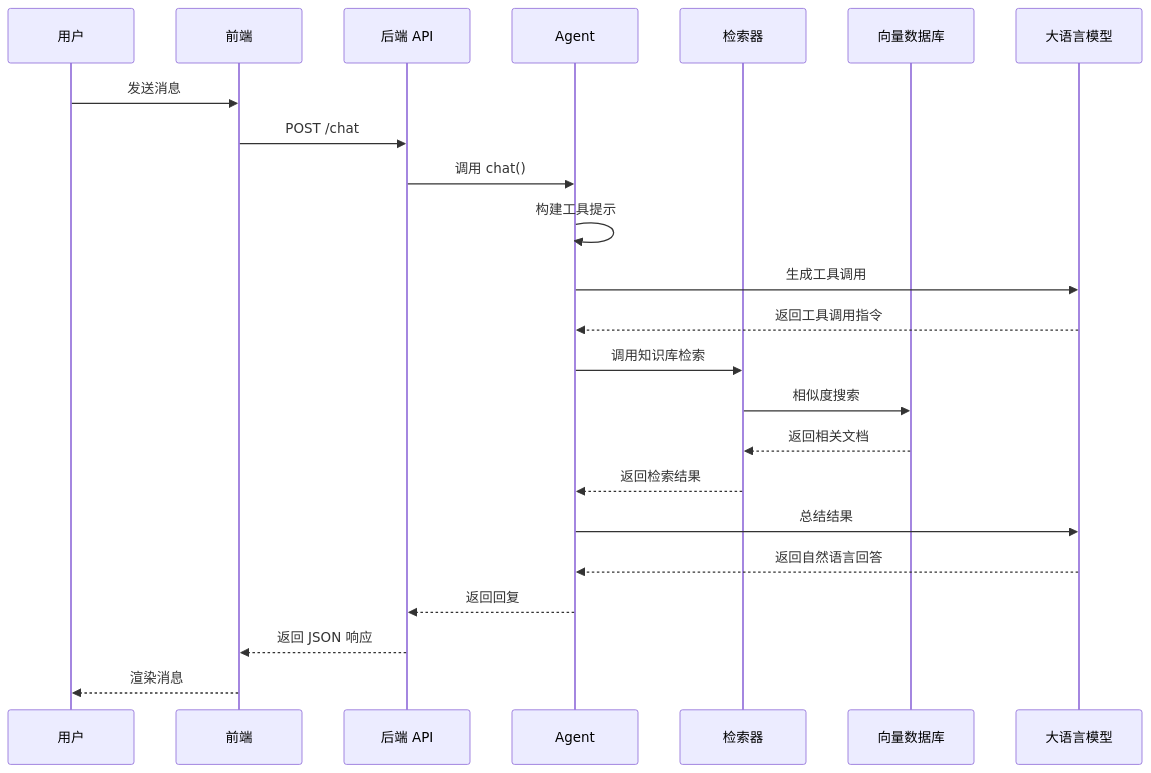
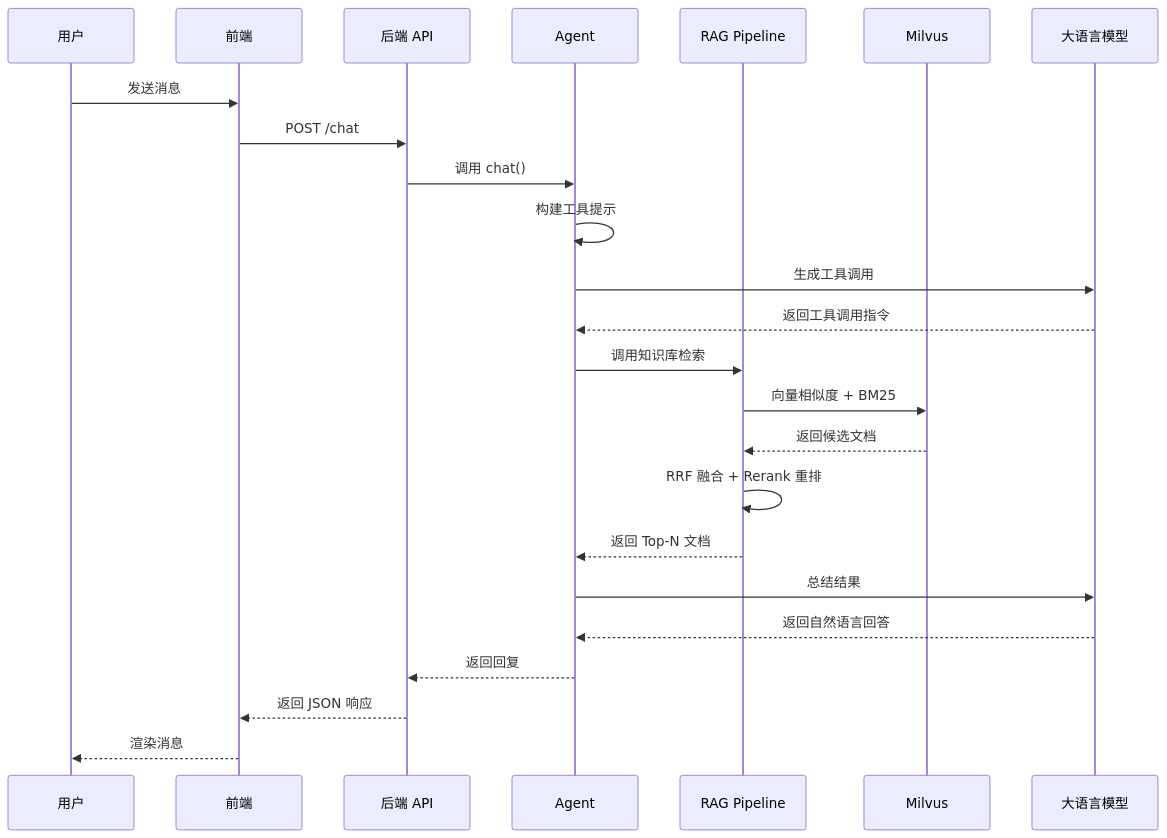
One commit to xmgfy/MGAgent changed the second of 3 diagrams in website/docs/architecture/overview.md. Above: the diagram before and after it, drawn with Mermaid. The commit also changed other lines of this file and 67 other files, not shown here.

````diff
--- a/website/docs/architecture/overview.md
+++ b/website/docs/architecture/overview.md
@@ -116,26 +116,27 @@
 ```mermaid
 sequenceDiagram
     participant U as 用户
     participant FE as 前端
     participant BE as 后端 API
     participant AG as Agent
-    participant RAG as 检索器
-    participant VDB as 向量数据库
+    participant RAG as RAG Pipeline
+    participant VDB as Milvus
     participant LLM as 大语言模型
 
     U->>FE: 发送消息
     FE->>BE: POST /chat
     BE->>AG: 调用 chat()
     AG->>AG: 构建工具提示
     AG->>LLM: 生成工具调用
     LLM-->>AG: 返回工具调用指令
     AG->>RAG: 调用知识库检索
-    RAG->>VDB: 相似度搜索
-    VDB-->>RAG: 返回相关文档
-    RAG-->>AG: 返回检索结果
+    RAG->>VDB: 向量相似度 + BM25
+    VDB-->>RAG: 返回候选文档
+    RAG->>RAG: RRF 融合 + Rerank 重排
+    RAG-->>AG: 返回 Top-N 文档
     AG->>LLM: 总结结果
     LLM-->>AG: 返回自然语言回答
     AG-->>BE: 返回回复
     BE-->>FE: 返回 JSON 响应
     FE-->>U: 渲染消息
 ```
````
